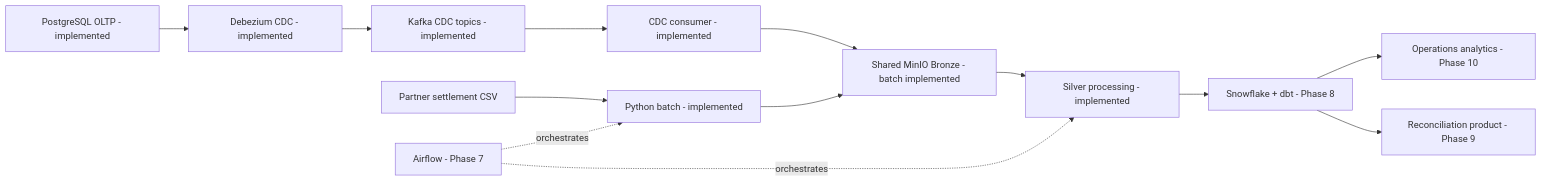
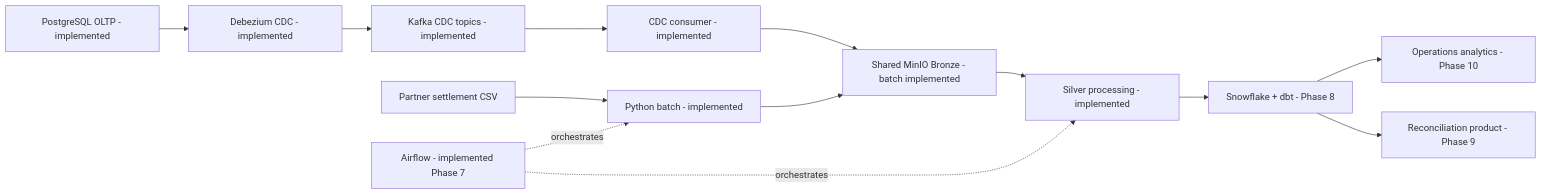
Before and after one commit to minzi03/fintech-payments-data-platform: the second of 2 diagrams in docs/architecture/target-architecture.md, drawn with Mermaid. The commit also changed other lines of this file and 48 other files, not shown here.

````diff
--- a/docs/architecture/target-architecture.md
+++ b/docs/architecture/target-architecture.md
@@ -53,15 +54,15 @@
 ```mermaid
 flowchart LR
     PG["PostgreSQL OLTP - implemented"] --> CDC["Debezium CDC - implemented"]
     CDC --> KAFKA["Kafka CDC topics - implemented"]
     FILES["Partner settlement CSV"] --> BATCH["Python batch - implemented"]
     KAFKA --> CONSUMER["CDC consumer - implemented"]
     BATCH --> BRONZE["Shared MinIO Bronze - batch implemented"]
     CONSUMER --> BRONZE
     BRONZE --> SILVER["Silver processing - implemented"]
     SILVER --> WH["Snowflake + dbt - Phase 8"]
     WH --> OPS["Operations analytics - Phase 10"]
     WH --> RECON["Reconciliation product - Phase 9"]
-    AIRFLOW["Airflow - Phase 7"] -. orchestrates .-> BATCH
+    AIRFLOW["Airflow - implemented Phase 7"] -. orchestrates .-> BATCH
     AIRFLOW -. orchestrates .-> SILVER
 ```
````
